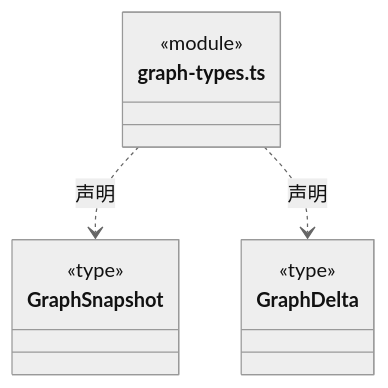
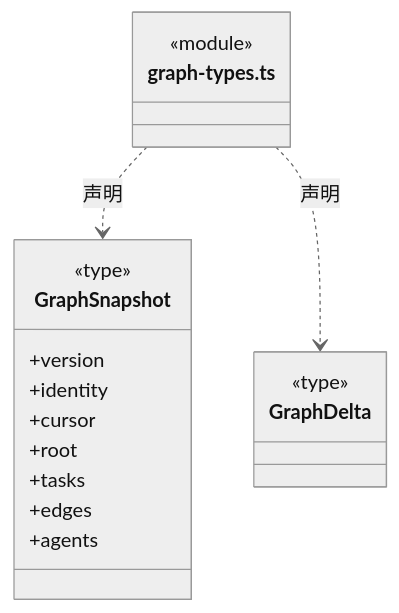
One commit to nan023062/cbim changed diagram 19 of 34 in src/backend/core/tasks/ARCHITECTURE.md. Above: the diagram before and after it, drawn with Mermaid (neutral theme). The commit also changed other lines of this file and 240 other files, not shown here.

````diff
--- a/src/backend/core/tasks/ARCHITECTURE.md
+++ b/src/backend/core/tasks/ARCHITECTURE.md
@@ -274,16 +511,22 @@
 ```mermaid
 classDiagram
 class N_src_backend_core_tasks_graph_types_ts["graph-types.ts"] {
   <<module>>
 }
 class N_src_backend_core_tasks_graph_types_ts_GraphSnapshot["GraphSnapshot"] {
   <<type>>
-
+  +version
+  +identity
+  +cursor
+  +root
+  +tasks
+  +edges
+  +agents
 }
 N_src_backend_core_tasks_graph_types_ts ..> N_src_backend_core_tasks_graph_types_ts_GraphSnapshot : 声明
 class N_src_backend_core_tasks_graph_types_ts_GraphDelta["GraphDelta"] {
   <<type>>
 
 }
 N_src_backend_core_tasks_graph_types_ts ..> N_src_backend_core_tasks_graph_types_ts_GraphDelta : 声明
 ```
````
